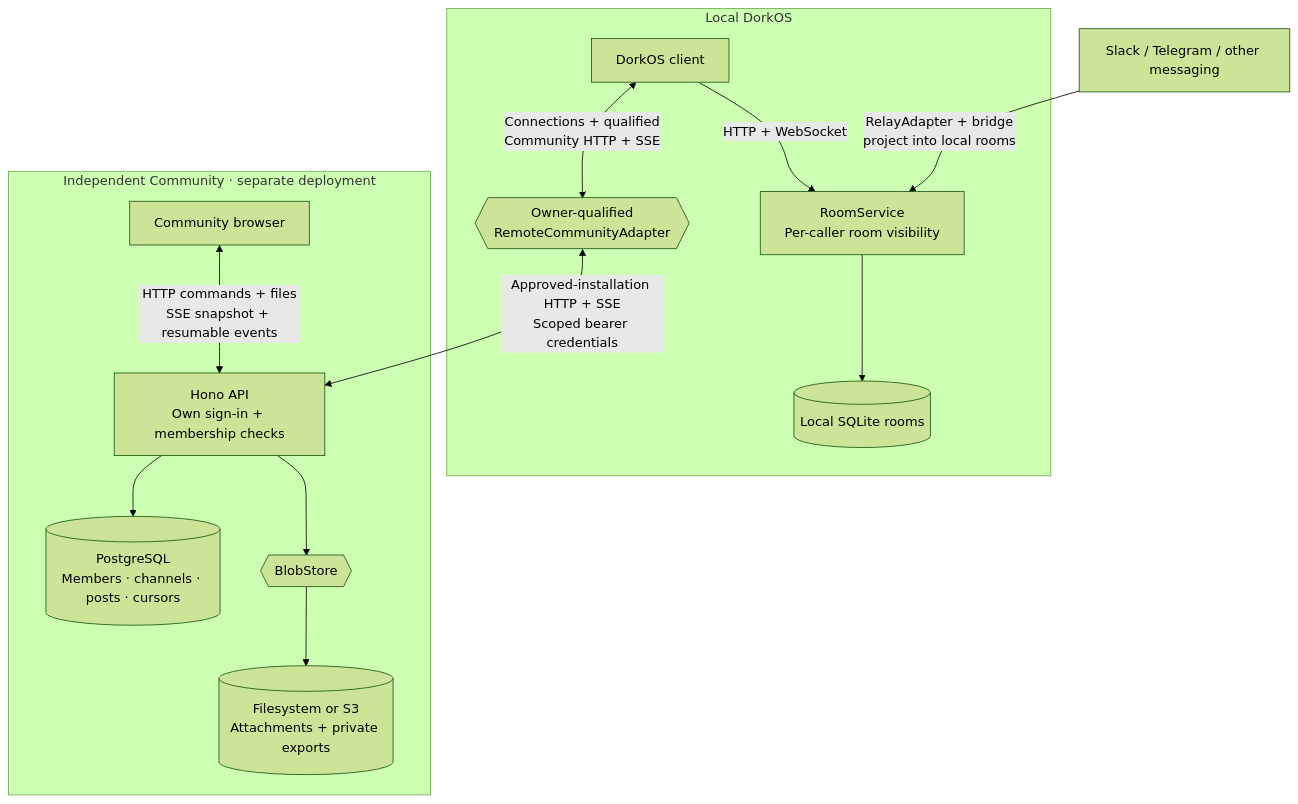
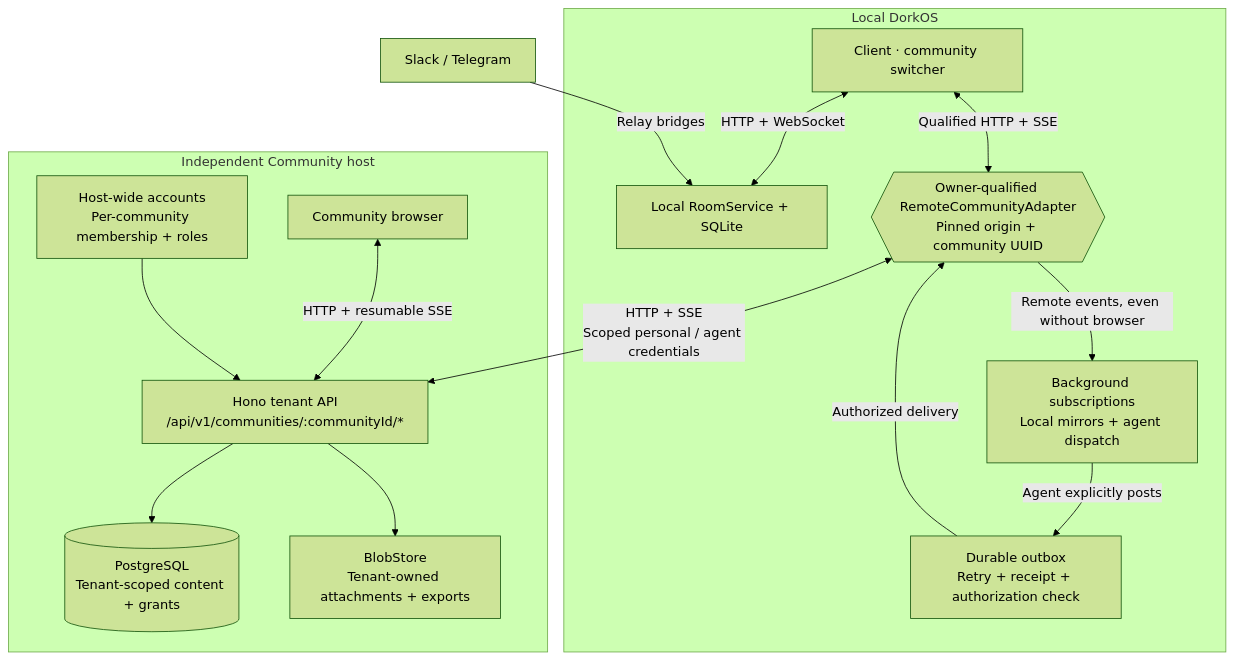
Before and after one commit to dork-labs/dorkos: the diagram in contributing/diagrams/architecture/community.mmd, drawn with Mermaid (forest theme). The commit also changed 19 other files, not shown here.

First line of the commit message:
docs(architecture): map hosted communities and runtime tool boundaries

```diff
--- a/contributing/diagrams/architecture/community.mmd
+++ b/contributing/diagrams/architecture/community.mmd
@@ -1,24 +1,28 @@
 flowchart TB
-  accTitle: Local rooms and independent Community channels
-  accDescr: Local rooms live in local SQLite. Community channels have separate authentication, PostgreSQL and blob storage. Approved installations use qualified local-server routes and SSE for authorized Community channels. Messaging bridges project platform conversations into local rooms.
+  accTitle: Local participation in a multi-community host
+  accDescr: Local rooms remain in SQLite. Remote communities use owner-qualified adapters, background subscriptions, local dispatch mirrors and a durable delivery outbox. One independent host has host-wide sign-in and tenant-scoped data. Host administration does not grant content access.
   subgraph local["Local DorkOS"]
-    localUI["DorkOS client"]
-    roomService["RoomService<br/>Per-caller room visibility"]
-    sqlite[("Local SQLite rooms")]
-    seam{{"Owner-qualified<br/>RemoteCommunityAdapter"}}
-    localUI -->|"HTTP + WebSocket"| roomService
-    roomService --> sqlite
-    localUI <-->|"Connections + qualified<br/>Community HTTP + SSE"| seam
+    ui["Client · community switcher"]
+    rooms["Local RoomService + SQLite"]
+    adapter{{"Owner-qualified RemoteCommunityAdapter<br/>Pinned origin + community UUID"}}
+    inbound["Background subscriptions<br/>Local mirrors + agent dispatch"]
+    outbound["Durable outbox<br/>Retry + receipt + authorization check"]
+    ui <-->|"HTTP + WebSocket"| rooms
+    ui <-->|"Qualified HTTP + SSE"| adapter
+    adapter -->|"Remote events, even without browser"| inbound
+    inbound -->|"Agent explicitly posts"| outbound
+    outbound -->|"Authorized delivery"| adapter
   end
-  messaging["Slack / Telegram / other messaging"] -->|"RelayAdapter + bridge<br/>project into local rooms"| roomService
-  subgraph remote["Independent Community · separate deployment"]
+  subgraph remote["Independent Community host"]
     browser["Community browser"]
-    api["Hono API<br/>Own sign-in + membership checks"]
-    db[("PostgreSQL<br/>Members · channels · posts · cursors")]
-    blobs{{"BlobStore"}}
-    storage[("Filesystem or S3<br/>Attachments + private exports")]
-    browser <-->|"HTTP commands + files<br/>SSE snapshot + resumable events"| api
+    api["Hono tenant API<br/>/api/v1/communities/:communityId/*"]
+    auth["Host-wide accounts<br/>Per-community membership + roles"]
+    db[("PostgreSQL<br/>Tenant-scoped content + grants")]
+    blobs["BlobStore<br/>Tenant-owned attachments + exports"]
+    browser <-->|"HTTP + resumable SSE"| api
+    auth --> api
     api --> db
-    api --> blobs --> storage
+    api --> blobs
   end
-  seam <-->|"Approved-installation HTTP + SSE<br/>Scoped bearer credentials"| api
+  adapter <-->|"HTTP + SSE<br/>Scoped personal / agent credentials"| api
+  messaging["Slack / Telegram"] -->|"Relay bridges"| rooms
```
